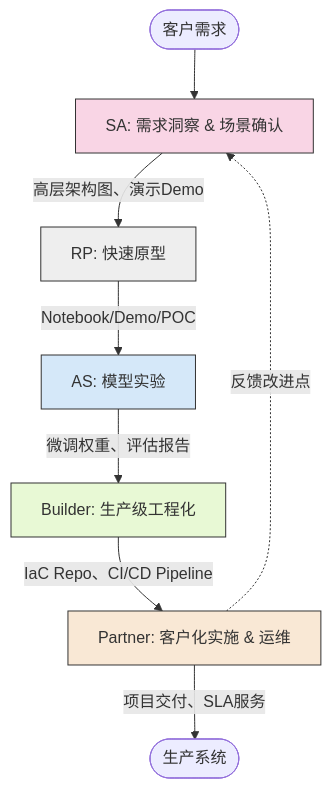
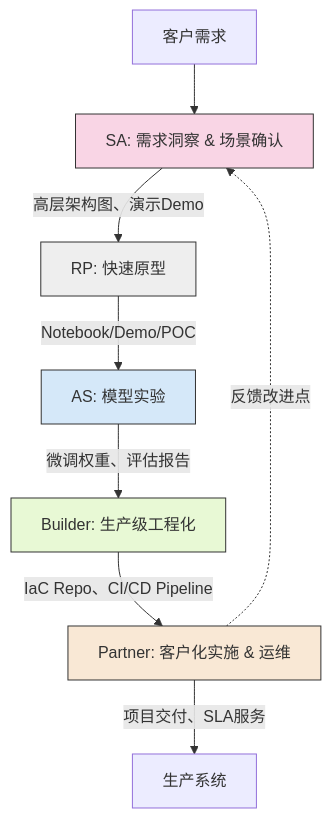
One commit to awsxuhi/genai-industry-usecases changed the first of 4 diagrams in AWS_GenAI_团队协作流程图.md. Above: the diagram before and after it, drawn with Mermaid. The commit also changed other lines of this file, not shown here.

````diff
--- a/AWS_GenAI_团队协作流程图.md
+++ b/AWS_GenAI_团队协作流程图.md
@@ -5,27 +5,27 @@
 ```mermaid
 graph TD
     %% 定义节点样式
     classDef sa fill:#f9d5e5,stroke:#333,stroke-width:1px
     classDef rp fill:#eeeeee,stroke:#333,stroke-width:1px
     classDef as fill:#d5e8f9,stroke:#333,stroke-width:1px
     classDef builder fill:#e8f9d5,stroke:#333,stroke-width:1px
     classDef partner fill:#f9e8d5,stroke:#333,stroke-width:1px
 
     %% 主流程
-    Start([客户需求]) --> SA[SA: 需求洞察 & 场景确认]
-    SA --> |高层架构图、演示Demo| RP[RP: 快速原型]
-    RP --> |Notebook/Demo/POC| AS[AS: 模型实验]
-    AS --> |微调权重、评估报告| Builder[Builder: 生产级工程化]
-    Builder --> |IaC Repo、CI/CD Pipeline| Partner[Partner: 客户化实施 & 运维]
-    Partner --> |项目交付、SLA服务| End([生产系统])
+    Start["客户需求"] --> SA["SA: 需求洞察 & 场景确认"]
+    SA --> |"高层架构图、演示Demo"| RP["RP: 快速原型"]
+    RP --> |"Notebook/Demo/POC"| AS["AS: 模型实验"]
+    AS --> |"微调权重、评估报告"| Builder["Builder: 生产级工程化"]
+    Builder --> |"IaC Repo、CI/CD Pipeline"| Partner["Partner: 客户化实施 & 运维"]
+    Partner --> |"项目交付、SLA服务"| End["生产系统"]
 
     %% 反馈循环
-    Partner -.-> |反馈改进点| SA
+    Partner -.-> |"反馈改进点"| SA
 
     %% 应用样式
     class SA sa
     class RP rp
     class AS as
     class Builder builder
     class Partner partner
 ```
````
